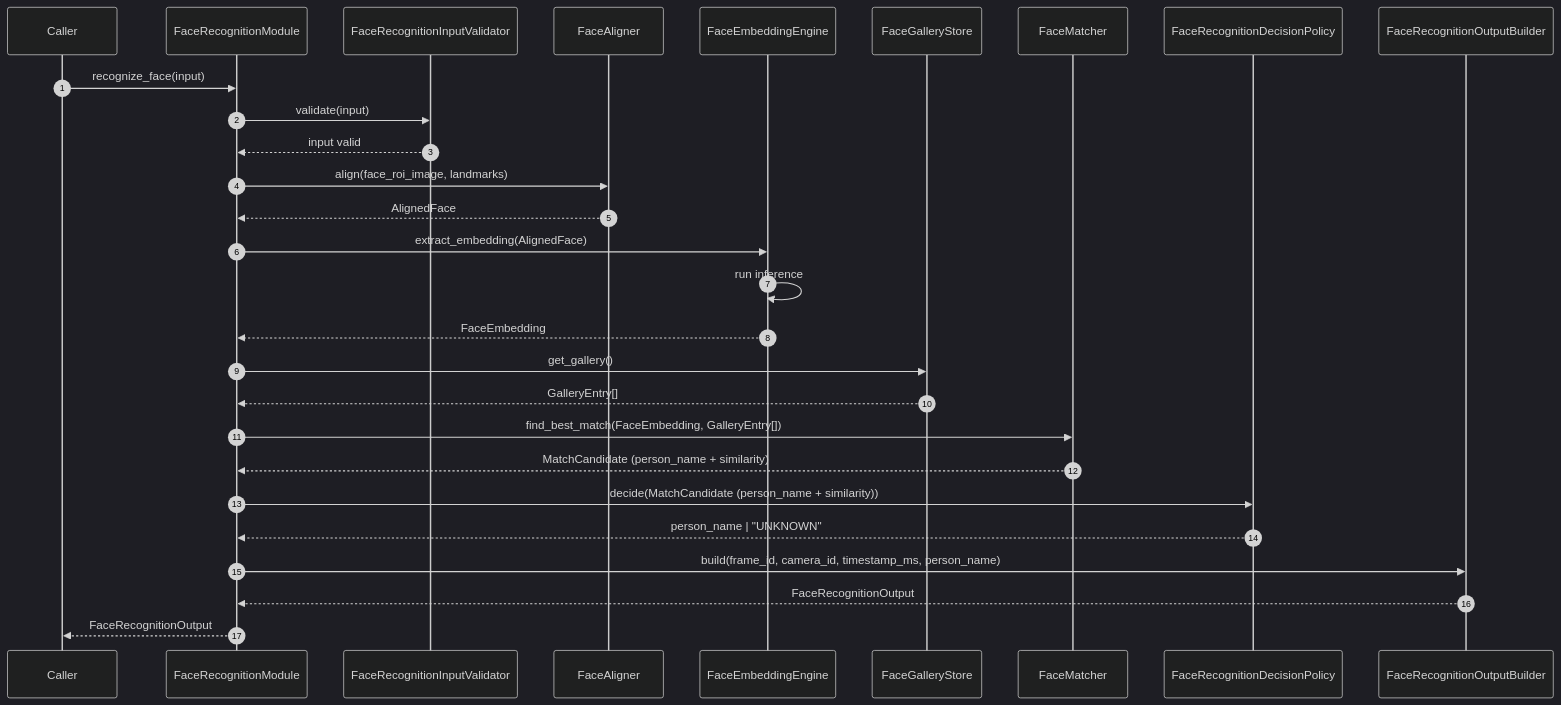
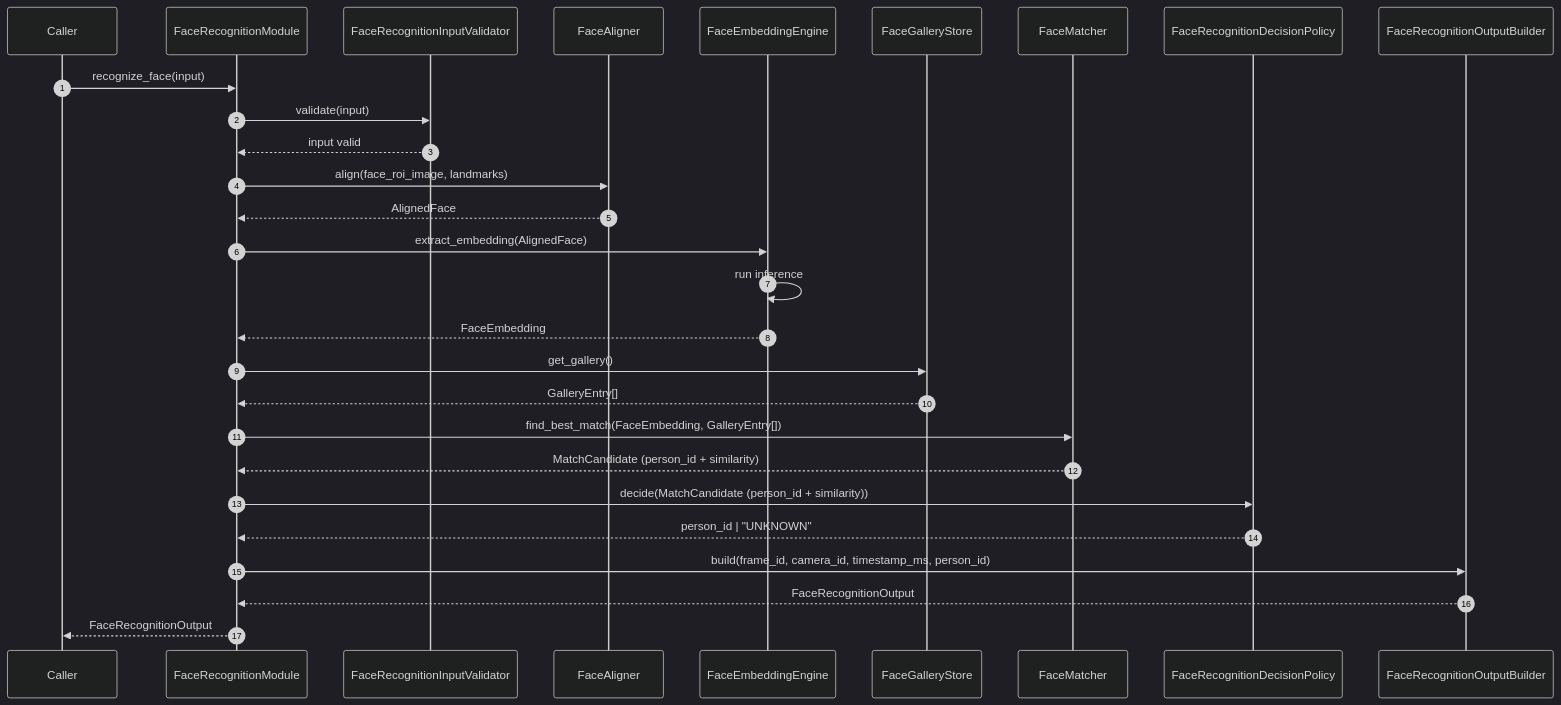
Before and after one commit to talifruman/camera-recognition: the second of 3 diagrams in doc/FACE_RECOGNITION.md, drawn with Mermaid (dark theme). The commit also changed other lines of this file, not shown here.

First line of the commit message:
spec(face-recognition): replace person_name with person_id as sole external identity

````diff
--- a/doc/FACE_RECOGNITION.md
+++ b/doc/FACE_RECOGNITION.md
@@ -426,31 +455,31 @@
 ```mermaid
 sequenceDiagram
     autonumber
     participant Caller
     participant FaceRecognitionModule
     participant FaceRecognitionInputValidator
     participant FaceAligner
     participant FaceEmbeddingEngine
     participant FaceGalleryStore
     participant FaceMatcher
     participant FaceRecognitionDecisionPolicy
     participant FaceRecognitionOutputBuilder
 
     Caller->>FaceRecognitionModule: recognize_face(input)
     FaceRecognitionModule->>FaceRecognitionInputValidator: validate(input)
     FaceRecognitionInputValidator-->>FaceRecognitionModule: input valid
     FaceRecognitionModule->>FaceAligner: align(face_roi_image, landmarks)
     FaceAligner-->>FaceRecognitionModule: AlignedFace
     FaceRecognitionModule->>FaceEmbeddingEngine: extract_embedding(AlignedFace)
     FaceEmbeddingEngine->>FaceEmbeddingEngine: run inference
     FaceEmbeddingEngine-->>FaceRecognitionModule: FaceEmbedding
     FaceRecognitionModule->>FaceGalleryStore: get_gallery()
     FaceGalleryStore-->>FaceRecognitionModule: GalleryEntry[]
     FaceRecognitionModule->>FaceMatcher: find_best_match(FaceEmbedding, GalleryEntry[])
-    FaceMatcher-->>FaceRecognitionModule: MatchCandidate (person_name + similarity)
-    FaceRecognitionModule->>FaceRecognitionDecisionPolicy: decide(MatchCandidate (person_name + similarity))
-    FaceRecognitionDecisionPolicy-->>FaceRecognitionModule: person_name | "UNKNOWN"
-    FaceRecognitionModule->>FaceRecognitionOutputBuilder: build(frame_id, camera_id, timestamp_ms, person_name)
+    FaceMatcher-->>FaceRecognitionModule: MatchCandidate (person_id + similarity)
+    FaceRecognitionModule->>FaceRecognitionDecisionPolicy: decide(MatchCandidate (person_id + similarity))
+    FaceRecognitionDecisionPolicy-->>FaceRecognitionModule: person_id | "UNKNOWN"
+    FaceRecognitionModule->>FaceRecognitionOutputBuilder: build(frame_id, camera_id, timestamp_ms, person_id)
     FaceRecognitionOutputBuilder-->>FaceRecognitionModule: FaceRecognitionOutput
     FaceRecognitionModule-->>Caller: FaceRecognitionOutput
 ```
````
